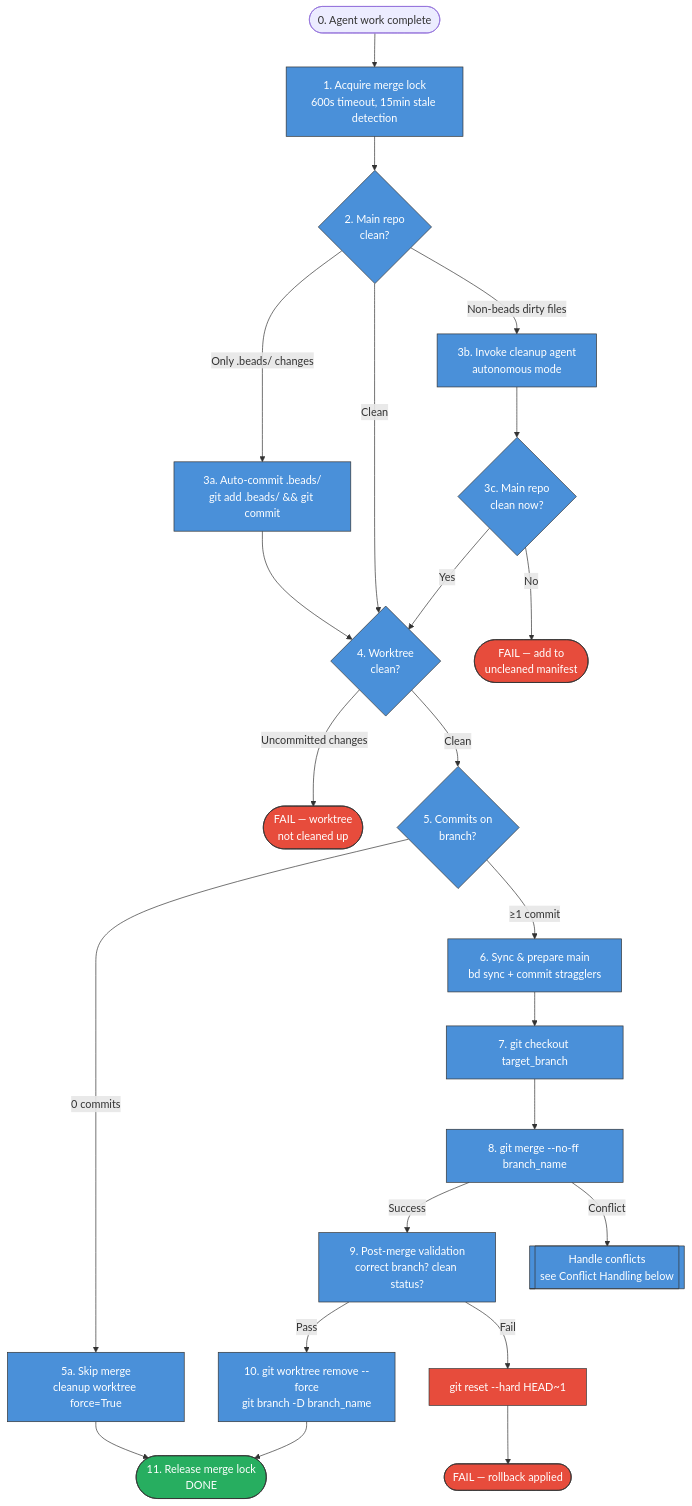
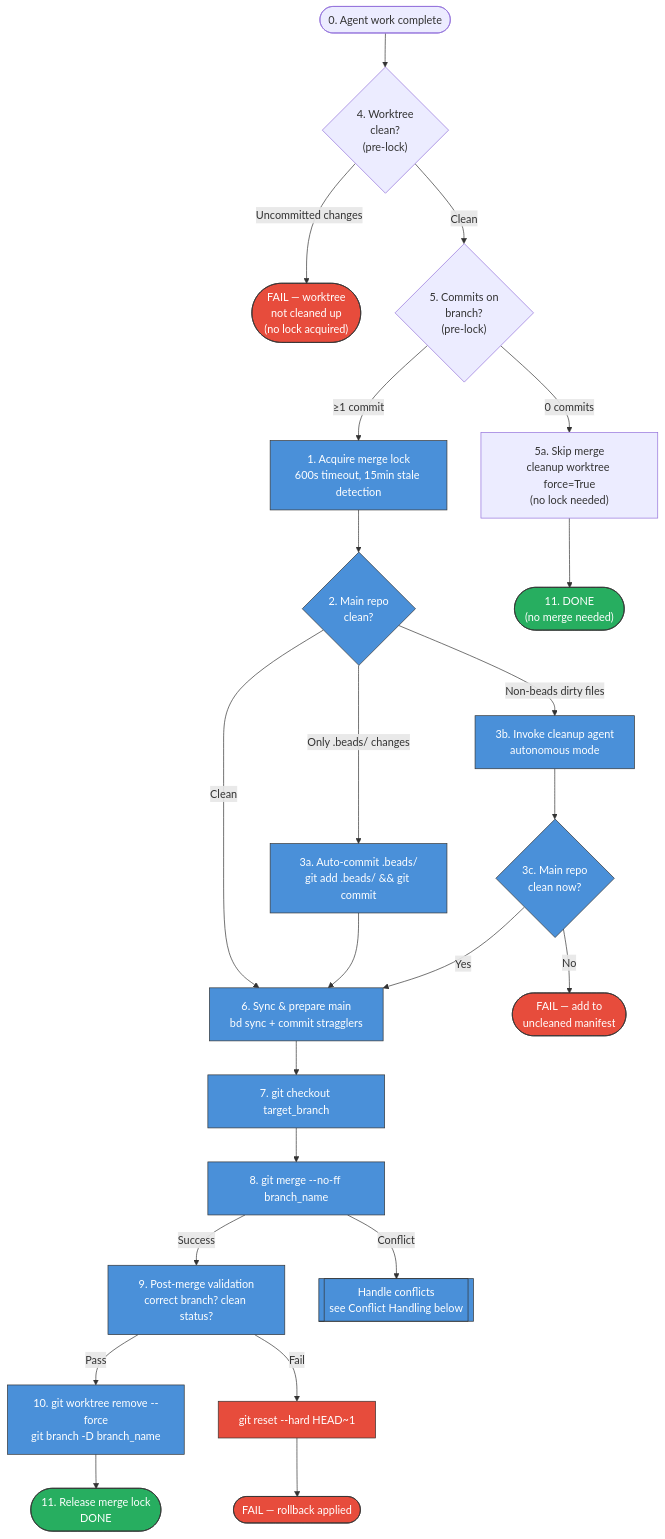
The first of 5 diagrams in docs/merge-workflow.md (AmeliaRose802/PokePoke), drawn with Mermaid before and after one commit. The commit also changed other lines of this file and 4 other files, not shown here.

First line of the commit message:
feat(merge): hoist worktree clean + commit count checks before merge lock

````diff
--- a/docs/merge-workflow.md
+++ b/docs/merge-workflow.md
@@ -15,60 +15,59 @@
 ```mermaid
 flowchart TD
-    START(["0. Agent work complete"]) --> LOCK["1. Acquire merge lock<br/>600s timeout, 15min stale detection"]
+    START(["0. Agent work complete"]) --> WT_CHECK{"4. Worktree<br/>clean?<br/>(pre-lock)"}
+
+    WT_CHECK -- "Uncommitted changes" --> FAIL_WT(["FAIL — worktree<br/>not cleaned up<br/>(no lock acquired)"])
+    WT_CHECK -- Clean --> COMMIT_COUNT{"5. Commits on<br/>branch?<br/>(pre-lock)"}
+
+    COMMIT_COUNT -- "0 commits" --> SKIP_MERGE["5a. Skip merge<br/>cleanup worktree force=True<br/>(no lock needed)"]
+    COMMIT_COUNT -- "≥1 commit" --> LOCK["1. Acquire merge lock<br/>600s timeout, 15min stale detection"]
+
     LOCK --> MAIN_CHECK{"2. Main repo<br/>clean?"}
 
     MAIN_CHECK -- "Only .beads/ changes" --> AUTO_BEADS["3a. Auto-commit .beads/<br/>git add .beads/ && git commit"]
-    MAIN_CHECK -- "Clean" --> WT_CHECK
+    MAIN_CHECK -- "Clean" --> SYNC
     MAIN_CHECK -- "Non-beads dirty files" --> CLEANUP_AGENT["3b. Invoke cleanup agent<br/>autonomous mode"]
 
-    AUTO_BEADS --> WT_CHECK
+    AUTO_BEADS --> SYNC
 
     CLEANUP_AGENT --> RECHECK{"3c. Main repo<br/>clean now?"}
-    RECHECK -- Yes --> WT_CHECK
+    RECHECK -- Yes --> SYNC
     RECHECK -- No --> FAIL_DIRTY(["FAIL — add to<br/>uncleaned manifest"])
 
-    WT_CHECK{"4. Worktree<br/>clean?"} -- "Uncommitted changes" --> FAIL_WT(["FAIL — worktree<br/>not cleaned up"])
-    WT_CHECK -- Clean --> COMMIT_COUNT{"5. Commits on<br/>branch?"}
-
-    COMMIT_COUNT -- "0 commits" --> SKIP_MERGE["5a. Skip merge<br/>cleanup worktree force=True"]
-    COMMIT_COUNT -- "≥1 commit" --> SYNC["6. Sync & prepare main<br/>bd sync + commit stragglers"]
-
-    SYNC --> CHECKOUT["7. git checkout target_branch"]
+    SYNC["6. Sync & prepare main<br/>bd sync + commit stragglers"] --> CHECKOUT["7. git checkout target_branch"]
     CHECKOUT --> MERGE["8. git merge --no-ff branch_name"]
 
     MERGE -- Success --> VALIDATE["9. Post-merge validation<br/>correct branch? clean status?"]
     MERGE -- Conflict --> CONFLICT_FLOW[["Handle conflicts<br/>see Conflict Handling below"]]
 
     VALIDATE -- Pass --> CLEANUP_WT["10. git worktree remove --force<br/>git branch -D branch_name"]
     VALIDATE -- Fail --> ROLLBACK_V["git reset --hard HEAD~1"]
 
     CLEANUP_WT --> RELEASE(["11. Release merge lock<br/>DONE"])
 
     ROLLBACK_V --> FAIL_MERGE(["FAIL — rollback applied"])
-    SKIP_MERGE --> RELEASE
+    SKIP_MERGE --> RELEASE_NOLOCK(["11. DONE<br/>(no merge needed)"])
 
-    %% Lock held (blue)
+    %% Lock held (blue) — steps 1–11 under lock
     style LOCK fill:#4a90d9,stroke:#333,color:#fff
     style MAIN_CHECK fill:#4a90d9,stroke:#333,color:#fff
     style AUTO_BEADS fill:#4a90d9,stroke:#333,color:#fff
     style CLEANUP_AGENT fill:#4a90d9,stroke:#333,color:#fff
     style RECHECK fill:#4a90d9,stroke:#333,color:#fff
-    style WT_CHECK fill:#4a90d9,stroke:#333,color:#fff
-    style COMMIT_COUNT fill:#4a90d9,stroke:#333,color:#fff
-    style SKIP_MERGE fill:#4a90d9,stroke:#333,color:#fff
     style SYNC fill:#4a90d9,stroke:#333,color:#fff
     style CHECKOUT fill:#4a90d9,stroke:#333,color:#fff
     style MERGE fill:#4a90d9,stroke:#333,color:#fff
     style CONFLICT_FLOW fill:#4a90d9,stroke:#333,color:#fff
     style VALIDATE fill:#4a90d9,stroke:#333,color:#fff
     style CLEANUP_WT fill:#4a90d9,stroke:#333,color:#fff
 
     %% Failure exits (red) — lock released on exit
     style FAIL_DIRTY fill:#e74c3c,stroke:#333,color:#fff
     style FAIL_WT fill:#e74c3c,stroke:#333,color:#fff
     style FAIL_MERGE fill:#e74c3c,stroke:#333,color:#fff
     style ROLLBACK_V fill:#e74c3c,stroke:#333,color:#fff
 
     %% Success terminal (green)
     style RELEASE fill:#27ae60,stroke:#333,color:#fff
+    style RELEASE_NOLOCK fill:#27ae60,stroke:#333,color:#fff
 ```
````
